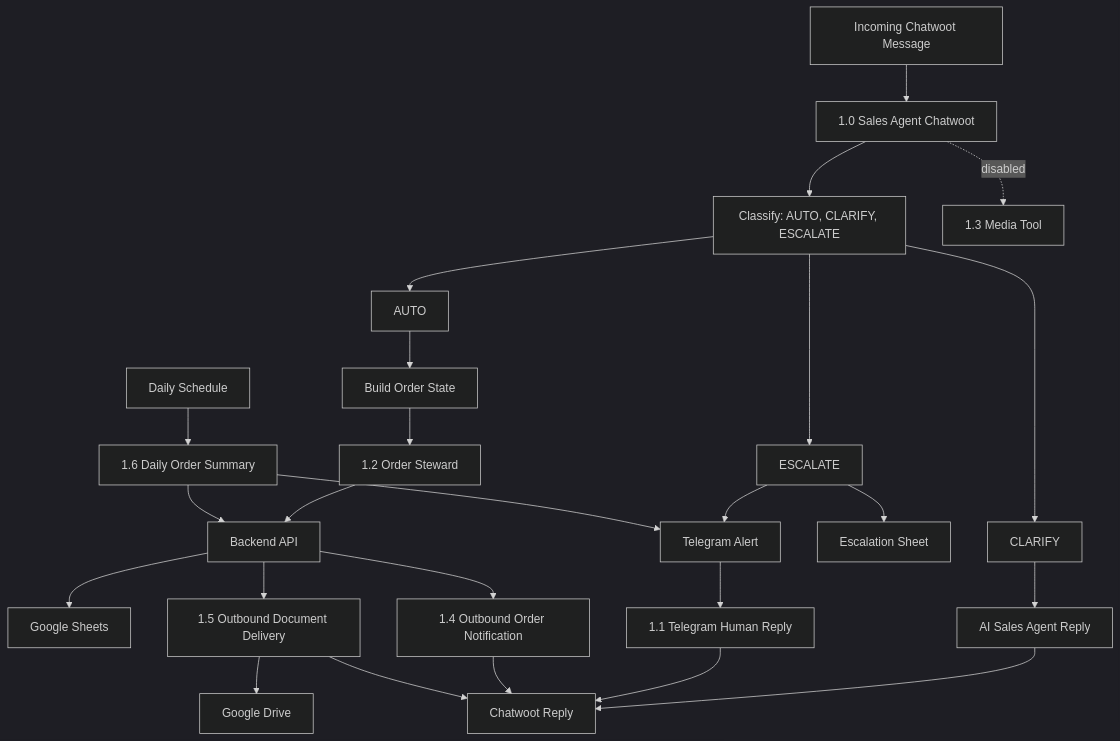
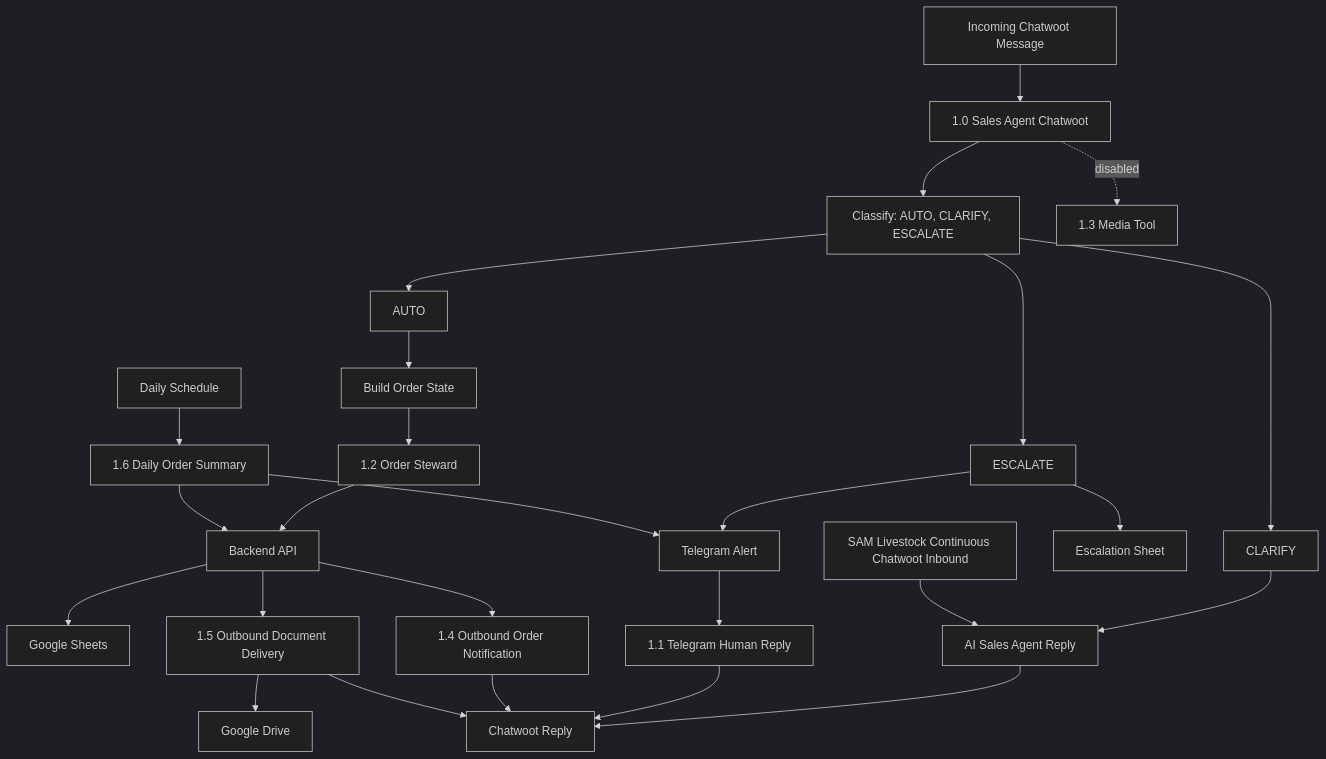
One commit to Crewless9086/amadeus-pig-tracking-system changed the diagram in docs/04-n8n/WORKFLOW_MAP.md. Above: the diagram before and after it, drawn with Mermaid (dark theme). The commit also changed 11 other files, not shown here.

Commit message:
Fix SAM continuous livestock follow-ups

````diff
--- a/docs/04-n8n/WORKFLOW_MAP.md
+++ b/docs/04-n8n/WORKFLOW_MAP.md
@@ -9,27 +9,28 @@
 ```mermaid
 flowchart TD
   incoming["Incoming Chatwoot Message"] --> wf10["1.0 Sales Agent Chatwoot"]
   wf10 --> classify["Classify: AUTO, CLARIFY, ESCALATE"]
   classify --> autoPath[AUTO]
   classify --> clarifyPath[CLARIFY]
   classify --> escalatePath[ESCALATE]
   autoPath --> orderState["Build Order State"]
   orderState --> wf12["1.2 Order Steward"]
   wf12 --> backend["Backend API"]
   backend --> sheets["Google Sheets"]
   clarifyPath --> salesAgent["AI Sales Agent Reply"]
   salesAgent --> chatwootReply["Chatwoot Reply"]
+  chatwootContinuous["SAM Livestock Continuous Chatwoot Inbound"] --> salesAgent
   escalatePath --> handoffSheet["Escalation Sheet"]
   escalatePath --> telegramAlert["Telegram Alert"]
   telegramAlert --> wf11["1.1 Telegram Human Reply"]
   wf11 --> chatwootReply
   wf10 -. disabled .-> wf13["1.3 Media Tool"]
   backend --> wf14["1.4 Outbound Order Notification"]
   wf14 --> chatwootReply
   backend --> wf15["1.5 Outbound Document Delivery"]
   wf15 --> googleDrive["Google Drive"]
   wf15 --> chatwootReply
   schedule["Daily Schedule"] --> wf20["1.6 Daily Order Summary"]
   wf20 --> backend
   wf20 --> telegramAlert
 ```
````
